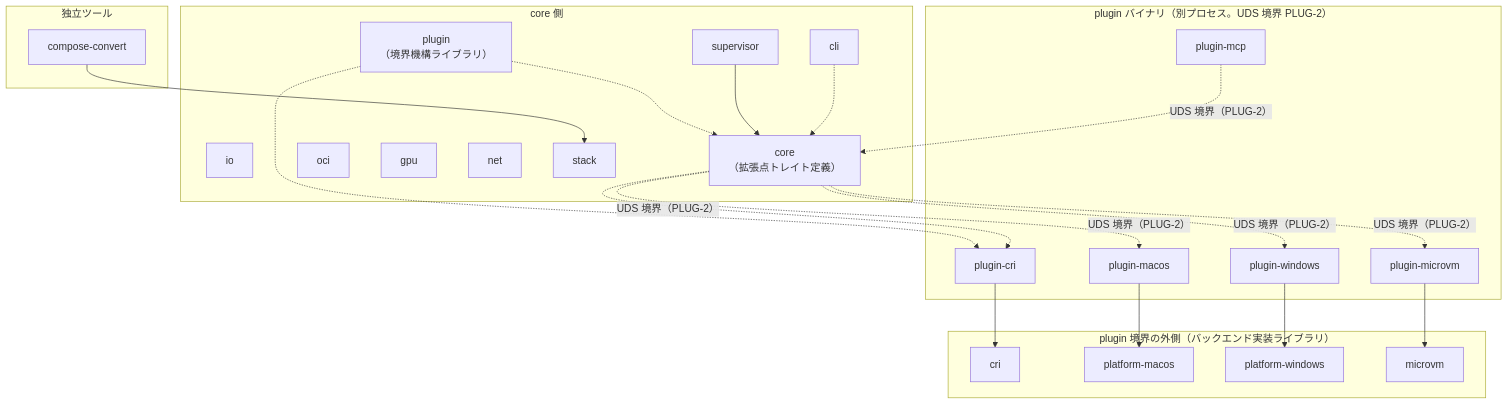
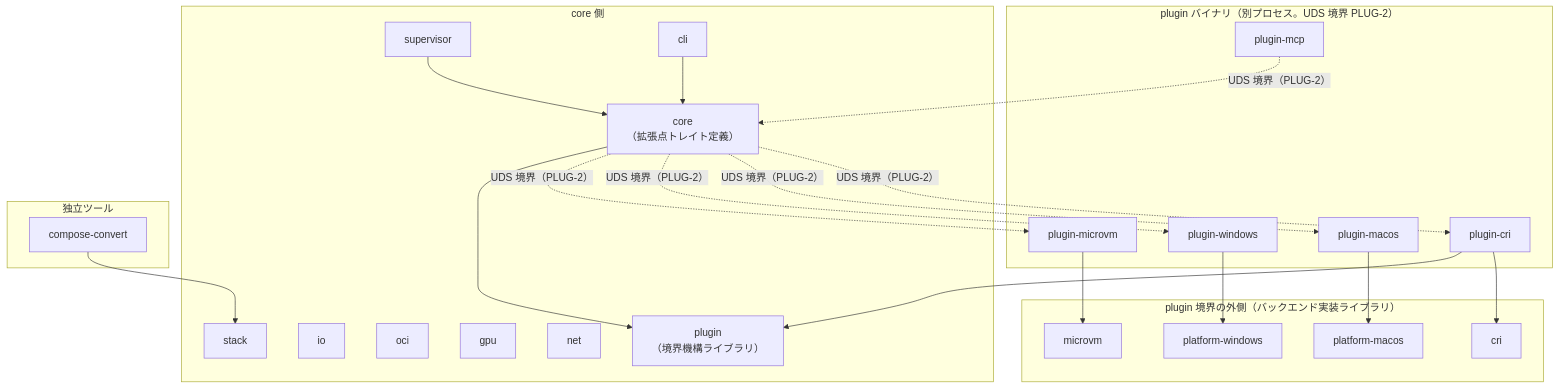
The first of 2 diagrams in docs/architecture.md (Fandhe-AI/fandhe-container), drawn with Mermaid before and after one commit. The commit also changed other lines of this file, not shown here.

Commit message:
docs: architecture.md の crate 依存図で境界基盤ライブラリへの矢印方向と線種を修正
crate 境界図（Mermaid）で `plugin_lib -.-> core`・`plugin_lib -.-> plugin_cri` の
矢印方向が crate-naming.md 表 #10（「core・plugin 双方が依存する境界基盤ライブラリ」）
と逆だった点を `core --> plugin_lib`・`plugin_cri --> plugin_lib` に修正する。
これらは UDS 越しの呼び出しではなく Cargo 依存関係のため、点線ではなく実線に変更し、
`cli --> core` も同様に実線へ揃える。凡例の説明文もこの区別に合わせて更新する。

Refs #22

````diff
--- a/docs/architecture.md
+++ b/docs/architecture.md
@@ -45,51 +45,51 @@
 ```mermaid
 flowchart TB
     subgraph CORE["core 側"]
         plugin_lib["plugin<br/>（境界機構ライブラリ）"]
         io["io"]
         core["core<br/>（拡張点トレイト定義）"]
         supervisor["supervisor"]
         oci["oci"]
         gpu["gpu"]
         net["net"]
         stack["stack"]
         cli["cli"]
     end
 
     subgraph BACKEND["plugin 境界の外側（バックエンド実装ライブラリ）"]
         cri["cri"]
         platform_macos["platform-macos"]
         platform_windows["platform-windows"]
         microvm["microvm"]
     end
 
     subgraph PLUGIN_BIN["plugin バイナリ（別プロセス。UDS 境界 PLUG-2）"]
         plugin_cri["plugin-cri"]
         plugin_macos["plugin-macos"]
         plugin_windows["plugin-windows"]
         plugin_microvm["plugin-microvm"]
         plugin_mcp["plugin-mcp"]
     end
 
     subgraph STANDALONE["独立ツール"]
         compose_convert["compose-convert"]
     end
 
-    cli -.-> core
+    cli --> core
     supervisor --> core
     compose_convert --> stack
 
     plugin_cri --> cri
     plugin_macos --> platform_macos
     plugin_windows --> platform_windows
     plugin_microvm --> microvm
 
     core -. "UDS 境界（PLUG-2）" .-> plugin_cri
     core -. "UDS 境界（PLUG-2）" .-> plugin_macos
     core -. "UDS 境界（PLUG-2）" .-> plugin_windows
     core -. "UDS 境界（PLUG-2）" .-> plugin_microvm
     plugin_mcp -. "UDS 境界（PLUG-2）" .-> core
 
-    plugin_lib -.-> core
-    plugin_lib -.-> plugin_cri
+    core --> plugin_lib
+    plugin_cri --> plugin_lib
 ```
````
